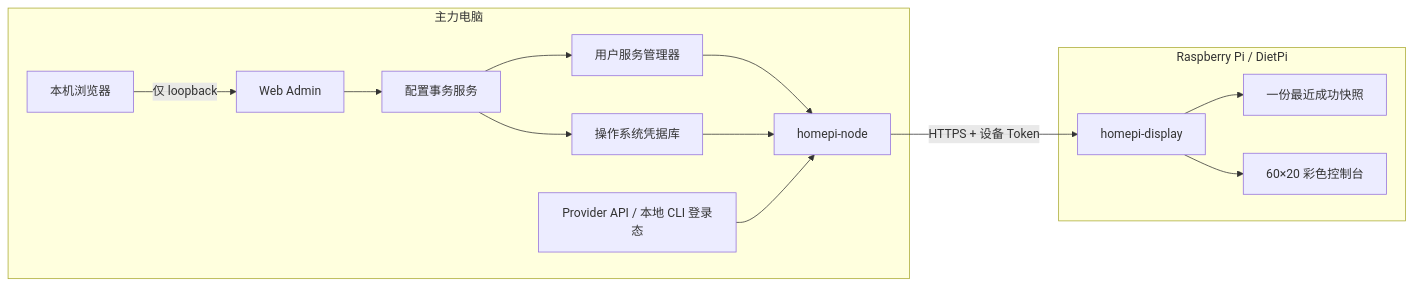
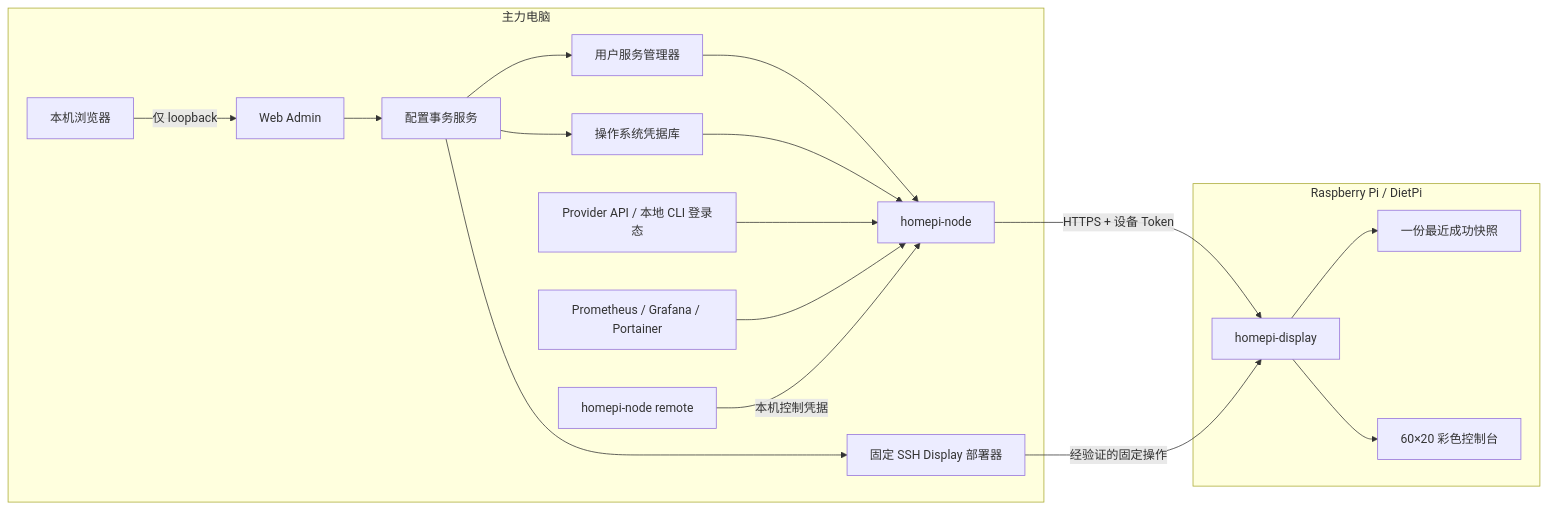
The diagram in README.zh-CN.md (galendai/homepi-mon), drawn with Mermaid before and after one commit. The commit also changed other lines of this file and 35 other files, not shown here.

Commit message:
feat(remote-control): complete phase 4 display commands

````diff
--- a/README.zh-CN.md
+++ b/README.zh-CN.md
@@ -68,19 +73,23 @@
 ```mermaid
 flowchart LR
     subgraph Host["主力电脑"]
         Browser["本机浏览器"] -->|"仅 loopback"| Admin["Web Admin"]
         Admin --> Config["配置事务服务"]
         Config --> Secrets["操作系统凭据库"]
         Config --> Service["用户服务管理器"]
+        Config --> Deploy["固定 SSH Display 部署器"]
         Service --> Node["homepi-node"]
         Secrets --> Node
         Providers["Provider API / 本地 CLI 登录态"] --> Node
+        HomeLab["Prometheus / Grafana / Portainer"] --> Node
+        Remote["homepi-node remote"] -->|"本机控制凭据"| Node
     end
 
     subgraph Pi["Raspberry Pi / DietPi"]
         Display["homepi-display"] --> Cache["一份最近成功快照"]
         Display --> TUI["60×20 彩色控制台"]
     end
 
     Node -->|"HTTPS + 设备 Token"| Display
+    Deploy -->|"经验证的固定操作"| Display
 ```
````
